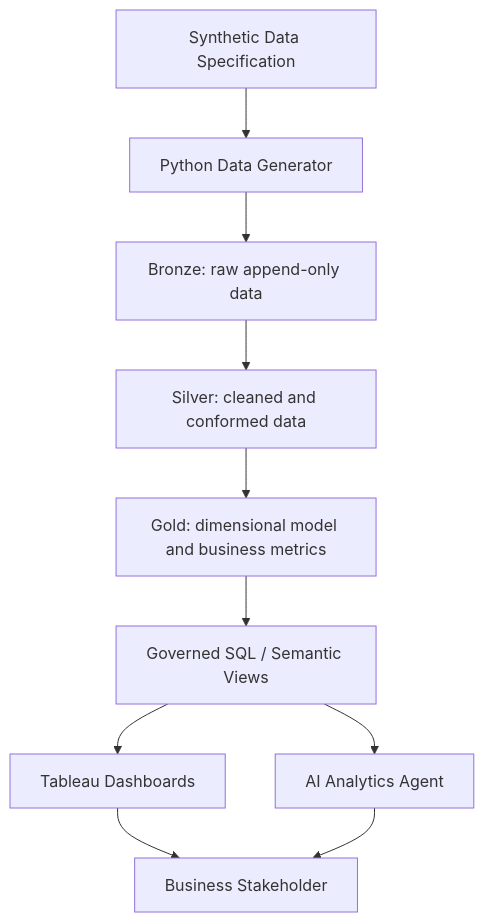
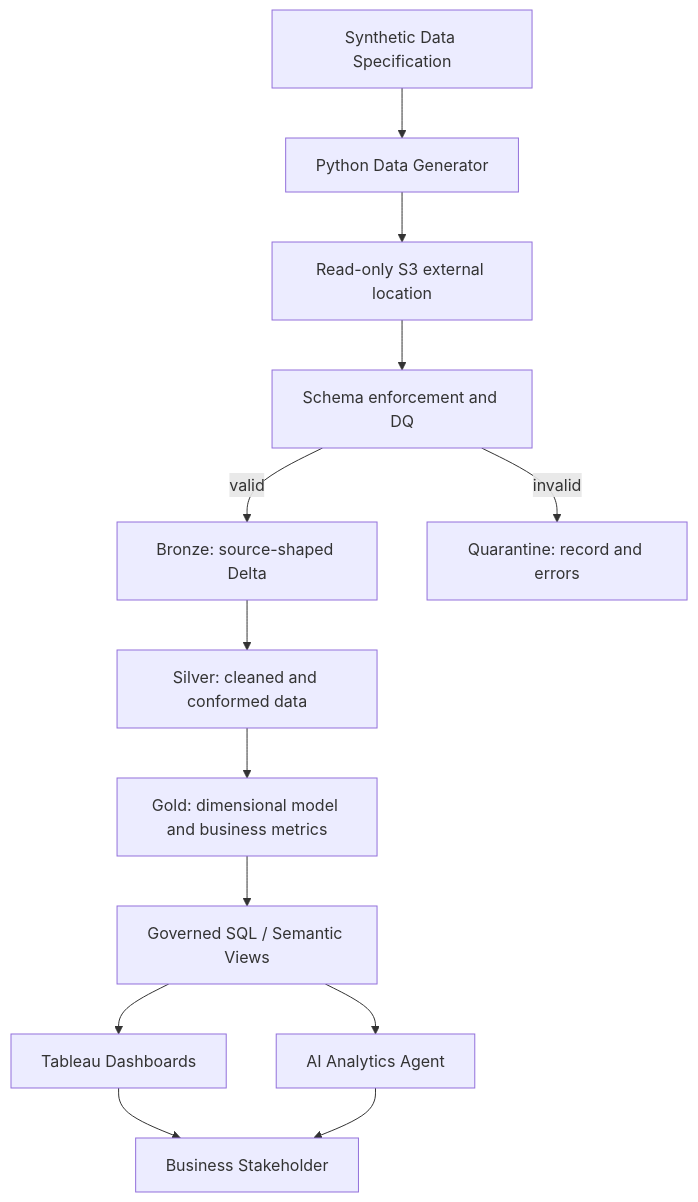
One commit to 3pwei/manufacturing-intelligence-platform changed the diagram in docs/architecture.md. Above: the diagram before and after it, drawn with Mermaid. The commit also changed other lines of this file and 10 other files, not shown here.

First line of the commit message:
PR #3 — Databricks Bronze Ingestion & Data Quality Foundation

````diff
--- a/docs/architecture.md
+++ b/docs/architecture.md
@@ -7,12 +7,15 @@
 ```mermaid
 flowchart TD
     A[Synthetic Data Specification] --> B[Python Data Generator]
-    B --> C[Bronze: raw append-only data]
+    B --> S[Read-only S3 external location]
+    S --> V[Schema enforcement and DQ]
+    V -->|valid| C[Bronze: source-shaped Delta]
+    V -->|invalid| Q[Quarantine: record and errors]
     C --> D[Silver: cleaned and conformed data]
     D --> E[Gold: dimensional model and business metrics]
     E --> F[Governed SQL / Semantic Views]
     F --> G[Tableau Dashboards]
     F --> H[AI Analytics Agent]
     G --> I[Business Stakeholder]
     H --> I
 ```
````
